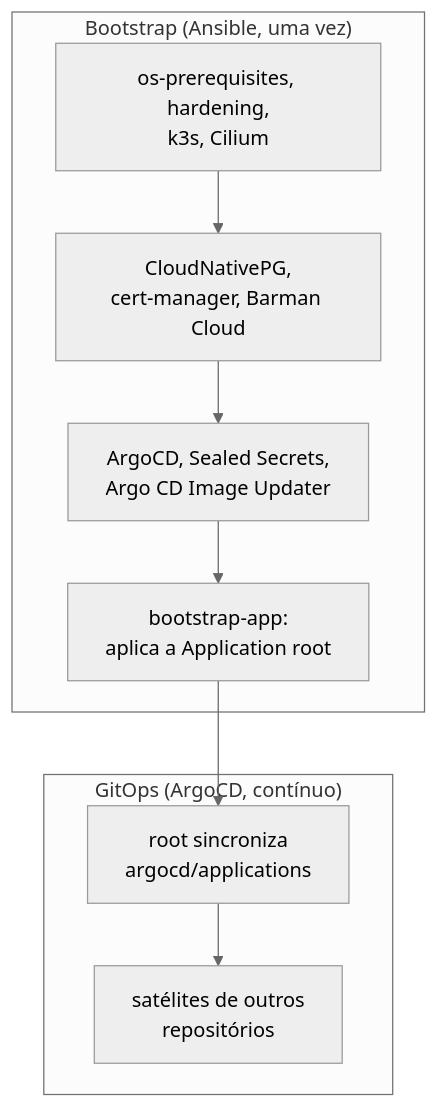
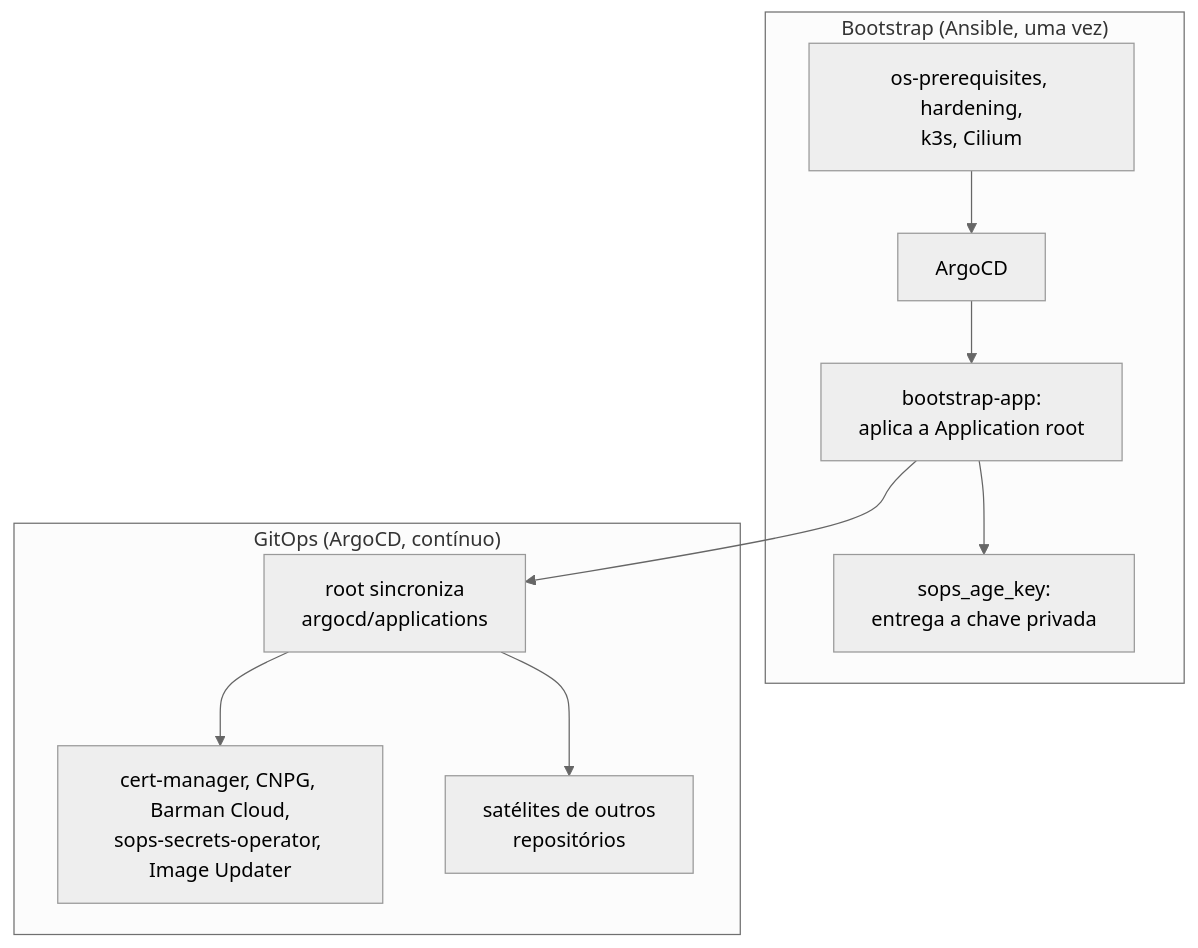
Before and after one commit to guesant/hl-infrastructure: the first of 3 diagrams in docs/arquitetura/index.md, drawn with Mermaid (neutral theme). The commit also changed other lines of this file and 36 other files, not shown here.

First line of the commit message:
refactor(secrets): replace Sealed Secrets with sops-secrets-operator

````diff
--- a/docs/arquitetura/index.md
+++ b/docs/arquitetura/index.md
@@ -13,12 +13,13 @@
 ```mermaid
 flowchart TB
     subgraph bootstrap["Bootstrap (Ansible, uma vez)"]
-        A["os-prerequisites, hardening,\nk3s, Cilium"] --> B["CloudNativePG,\ncert-manager, Barman Cloud"]
-        B --> C["ArgoCD, Sealed Secrets,\nArgo CD Image Updater"]
-        C --> D["bootstrap-app:\naplica a Application root"]
+        A["os-prerequisites, hardening,\nk3s, Cilium"] --> B["ArgoCD"]
+        B --> C["bootstrap-app:\naplica a Application root"]
+        C --> D["sops_age_key:\nentrega a chave privada"]
     end
     subgraph gitops["GitOps (ArgoCD, contínuo)"]
-        D --> E["root sincroniza\nargocd/applications"]
-        E --> F["satélites de outros\nrepositórios"]
+        C --> E["root sincroniza\nargocd/applications"]
+        E --> F["cert-manager, CNPG, Barman Cloud,\nsops-secrets-operator, Image Updater"]
+        E --> G["satélites de outros\nrepositórios"]
     end
 ```
````
